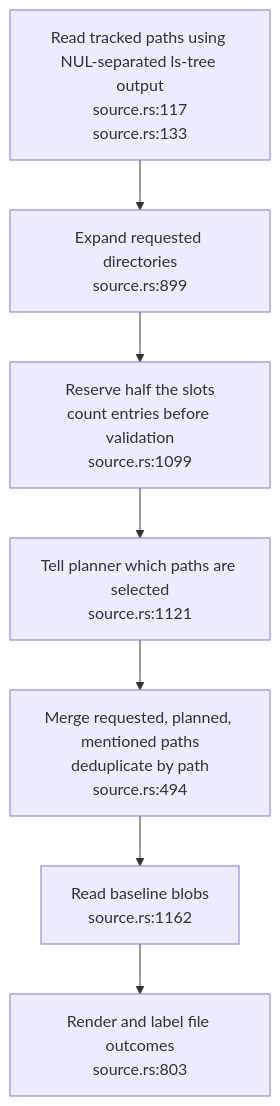
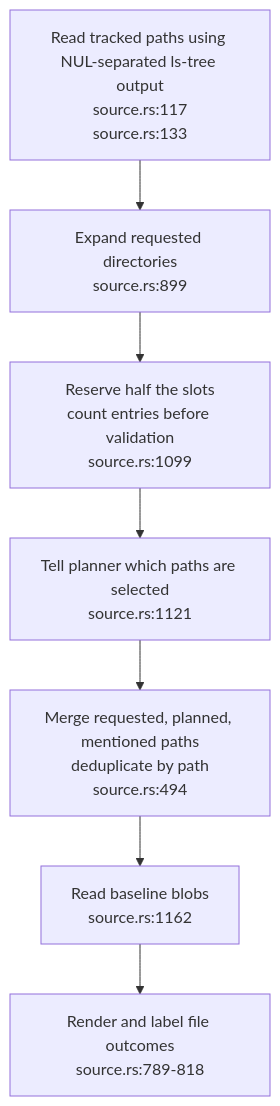
The second of 3 diagrams in docs/diagrams/dream-engine/03-recovery-and-source-supply.md (DreamLab-AI/VisionFlow), drawn with Mermaid before and after one commit. The commit also changed 48 other files, not shown here.

Commit message:
docs: reconcile estate repairs and first diagram refresh batch

````diff
--- a/docs/diagrams/dream-engine/03-recovery-and-source-supply.md
+++ b/docs/diagrams/dream-engine/03-recovery-and-source-supply.md
@@ -43,9 +43,9 @@
 ```mermaid
 flowchart TB
     TREE["Read tracked paths using NUL-separated ls-tree output<br/>source.rs:117<br/>source.rs:133"] --> EXPAND["Expand requested directories<br/>source.rs:899"]
     EXPAND --> CAP["Reserve half the slots<br/>count entries before validation<br/>source.rs:1099"]
     CAP --> PLAN["Tell planner which paths are selected<br/>source.rs:1121"]
     PLAN --> MERGE["Merge requested, planned, mentioned paths<br/>deduplicate by path<br/>source.rs:494"]
     MERGE --> READ["Read baseline blobs<br/>source.rs:1162"]
-    READ --> RENDER["Render and label file outcomes<br/>source.rs:803"]
+    READ --> RENDER["Render and label file outcomes<br/>source.rs:789-818"]
 ```
````
